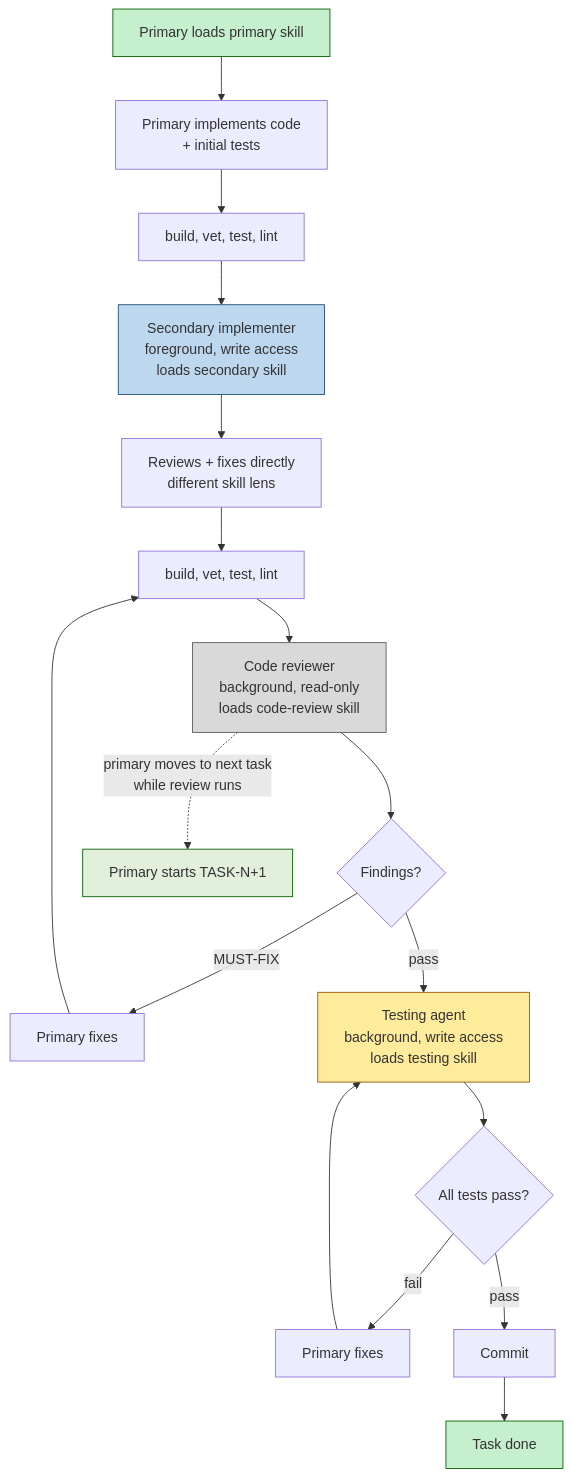
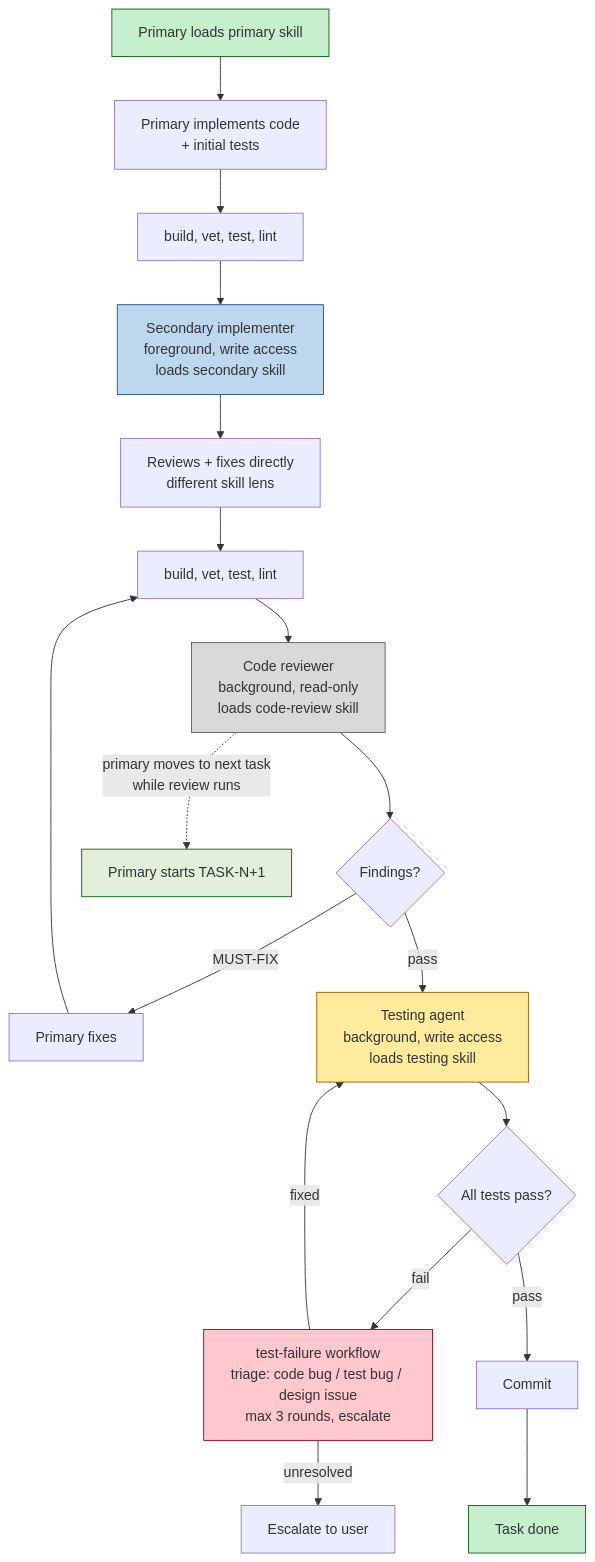
One commit to bperin/project-context changed the third of 4 diagrams in src/workflows/overview.md. Above: the diagram before and after it, drawn with Mermaid. The commit also changed other lines of this file and 5 other files, not shown here.

First line of the commit message:
add test-failure workflow — structured triage loop for failing tests

````diff
--- a/src/workflows/overview.md
+++ b/src/workflows/overview.md
@@ -52,27 +57,29 @@
 ```mermaid
 flowchart TD
     P["Primary loads primary skill"] --> CODE["Primary implements code<br/>+ initial tests"]
     CODE --> V1["build, vet, test, lint"]
     V1 --> S["Secondary implementer<br/>foreground, write access<br/>loads secondary skill"]
     S --> FIX["Reviews + fixes directly<br/>different skill lens"]
     FIX --> V2["build, vet, test, lint"]
     V2 --> CR["Code reviewer<br/>background, read-only<br/>loads code-review skill"]
     CR --> CRC{"Findings?"}
     CRC -->|MUST-FIX| BACK1["Primary fixes"]
     BACK1 --> V2
     CRC -->|pass| TA["Testing agent<br/>background, write access<br/>loads testing skill"]
     TA --> TAC{"All tests pass?"}
-    TAC -->|fail| BACK2["Primary fixes"]
-    BACK2 --> TA
+    TAC -->|fail| TF["test-failure workflow<br/>triage: code bug / test bug / design issue<br/>max 3 rounds, escalate"]
+    TF -->|fixed| TA
+    TF -->|unresolved| ESC["Escalate to user"]
     TAC -->|pass| COM["Commit"]
     COM --> DONE["Task done"]
 
     CR -.->|primary moves to next task<br/>while review runs| NEXT["Primary starts TASK-N+1"]
 
     style P fill:#C6EFCE,stroke:#006100
     style S fill:#BDD7EE,stroke:#1F4E79
     style CR fill:#D9D9D9,stroke:#595959
     style TA fill:#FFEB9C,stroke:#9C5700
+    style TF fill:#FFC7CE,stroke:#9C0006
     style DONE fill:#C6EFCE,stroke:#006100
     style NEXT fill:#E2EFDA,stroke:#006100
 ```
````
